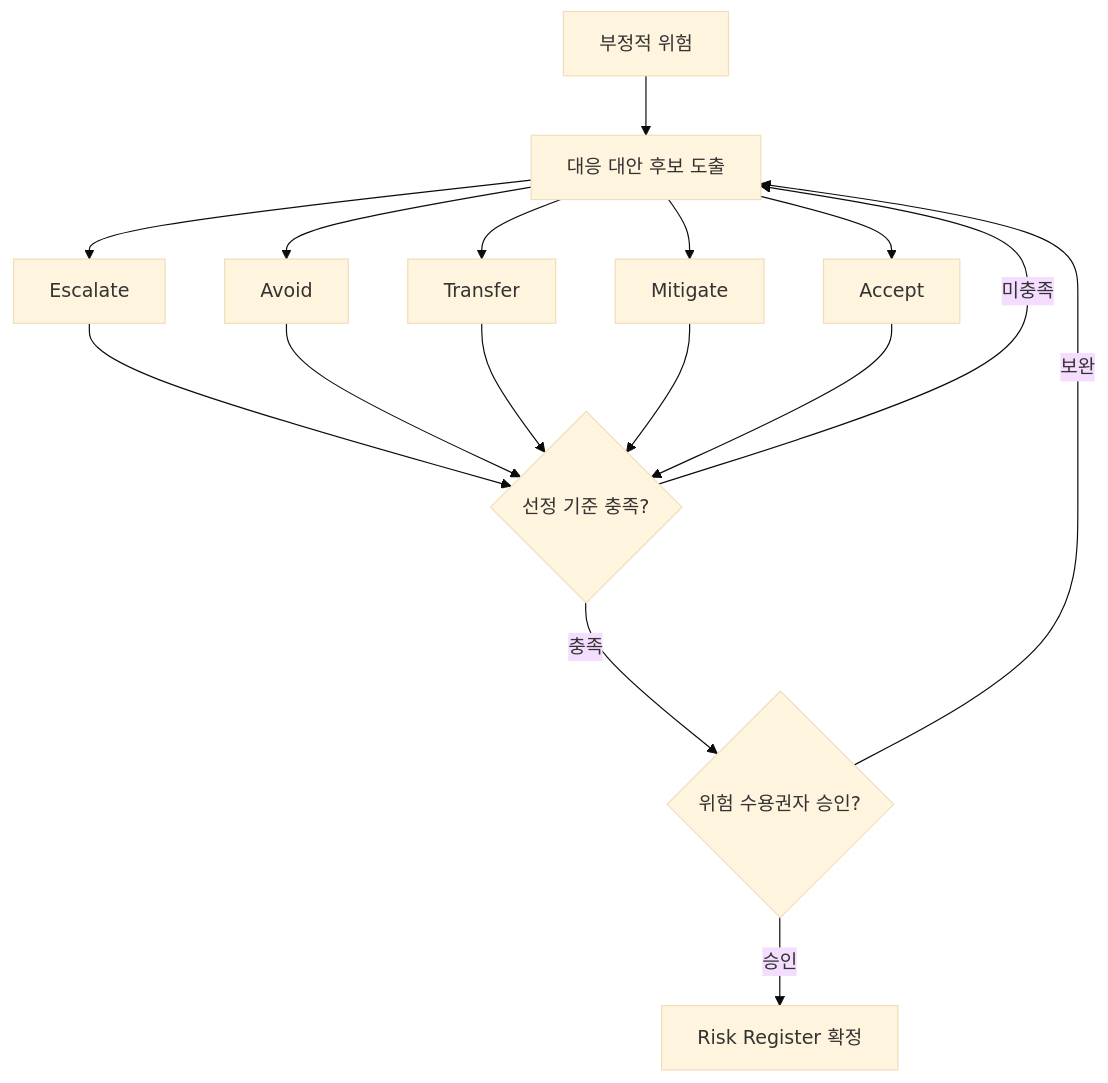
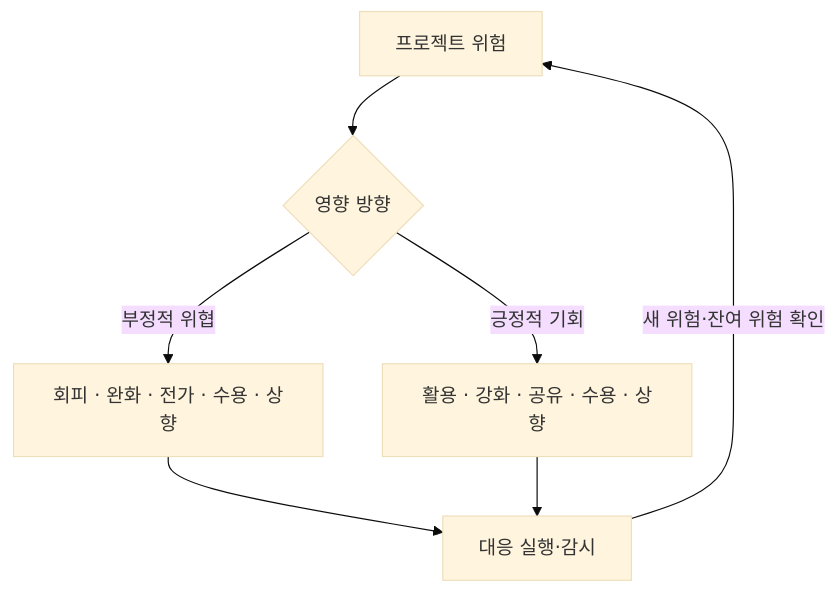
One commit to agnusdei1207/study changed the third of 4 diagrams in src/content/docs/notes/itpe/01-it-strategy/009_project_risk_management_negative.md. Above: the diagram before and after it, drawn with Mermaid (base theme). The commit also changed other lines of this file and 16 other files, not shown here.

````diff
--- a/src/content/docs/notes/itpe/01-it-strategy/009_project_risk_management_negative.md
+++ b/src/content/docs/notes/itpe/01-it-strategy/009_project_risk_management_negative.md
@@ -94,14 +94,9 @@
 ```mermaid
 flowchart TD
-    R["부정적 위험"] --> ALT["대응 대안 후보 도출"]
-    ALT --> ES["Escalate"]
-    ALT --> AV["Avoid"]
-    ALT --> TR["Transfer"]
-    ALT --> MI["Mitigate"]
-    ALT --> AC["Accept"]
-    ES & AV & TR & MI & AC --> Q{"선정 기준 충족?"}
-    Q -->|충족| AP{"위험 수용권자 승인?"}
-    Q -->|미충족| ALT
-    AP -->|승인| REG["Risk Register 확정"]
-    AP -->|보완| ALT
+    R["프로젝트 위험"] --> Q{"영향 방향"}
+    Q -->|부정적 위협| T["회피 · 완화 · 전가 · 수용 · 상향"]
+    Q -->|긍정적 기회| O["활용 · 강화 · 공유 · 수용 · 상향"]
+    T --> M["대응 실행·감시"]
+    O --> M
+    M -->|새 위험·잔여 위험 확인| R
 ```
````
